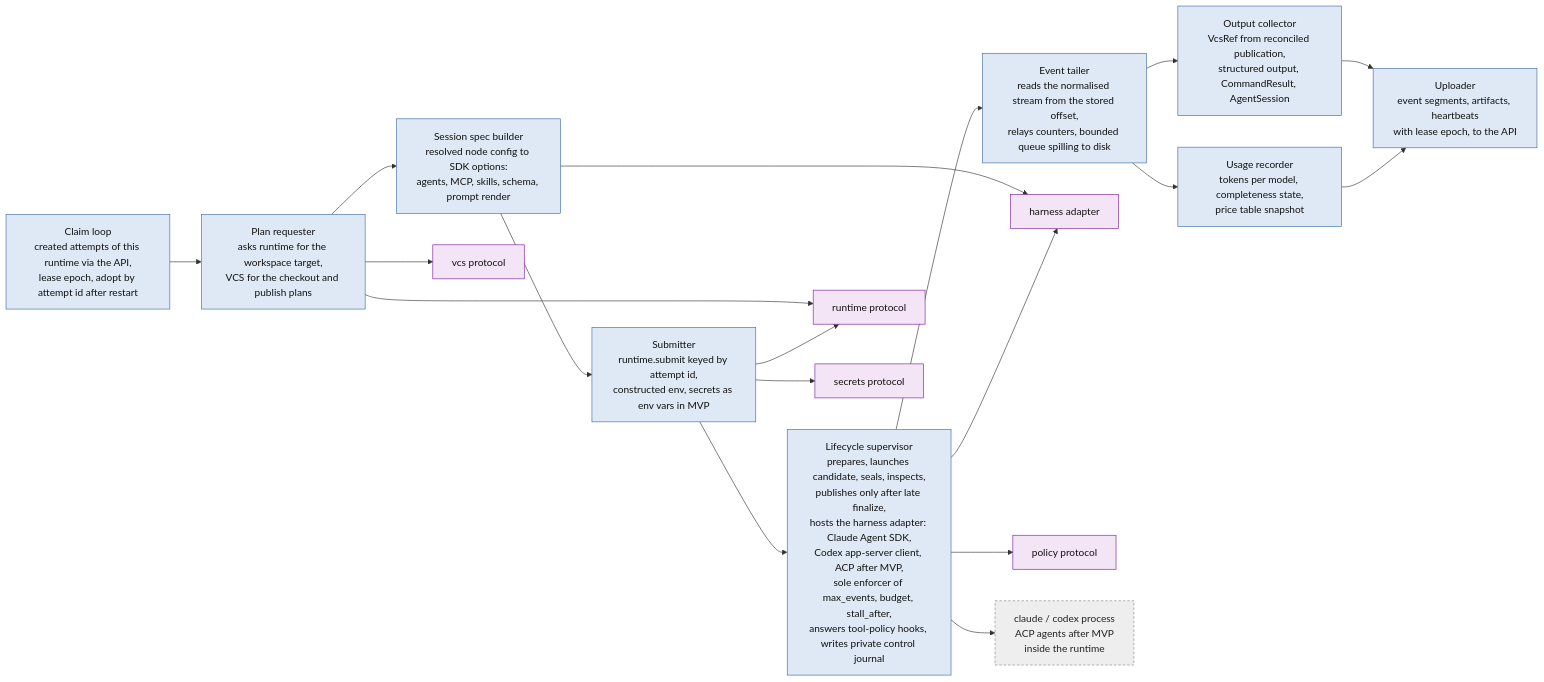
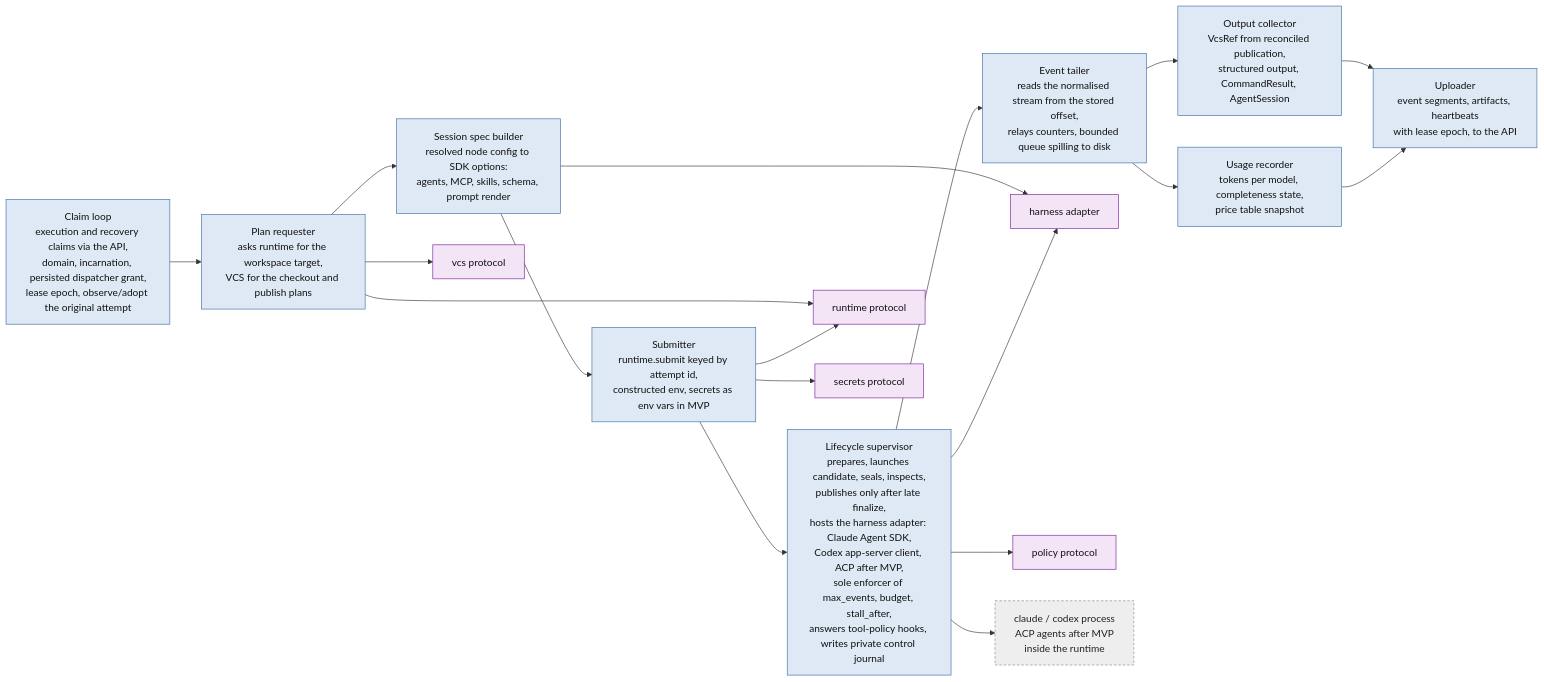
One commit to klukashka/kora changed the fourth of 6 diagrams in knowledge/architecture/detailed.md. Above: the diagram before and after it, drawn with Mermaid. The commit also changed other lines of this file and 22 other files, not shown here.

````diff
--- a/knowledge/architecture/detailed.md
+++ b/knowledge/architecture/detailed.md
@@ -160,32 +160,32 @@
 ```mermaid
 flowchart LR
     classDef c fill:#dfe9f5,stroke:#3b6ea5,color:#111
     classDef plugin fill:#f3e5f5,stroke:#7b1fa2,color:#111
     classDef ext fill:#eeeeee,stroke:#888,color:#222,stroke-dasharray: 4 3
 
-    CL[Claim loop<br/>created attempts of this runtime via the API,<br/>lease epoch, adopt by attempt id after restart]:::c
+    CL[Claim loop<br/>execution and recovery claims via the API,<br/>domain, incarnation, persisted dispatcher grant,<br/>lease epoch, observe/adopt the original attempt]:::c
     WS[Plan requester<br/>asks runtime for the workspace target,<br/>VCS for the checkout and publish plans]:::c
     CFG[Session spec builder<br/>resolved node config to SDK options:<br/>agents, MCP, skills, schema, prompt render]:::c
     SUB[Submitter<br/>runtime.submit keyed by attempt id,<br/>constructed env, secrets as env vars in MVP]:::c
     RUN[Lifecycle supervisor<br/>prepares, launches candidate, seals, inspects,<br/>publishes only after late finalize,<br/>hosts the harness adapter: Claude Agent SDK,<br/>Codex app-server client, ACP after MVP,<br/>sole enforcer of max_events, budget, stall_after,<br/>answers tool-policy hooks, writes private control journal]:::c
     STR[Event tailer<br/>reads the normalised stream from the stored offset,<br/>relays counters, bounded queue spilling to disk]:::c
     COL[Output collector<br/>VcsRef from reconciled publication,<br/>structured output, CommandResult, AgentSession]:::c
     USG[Usage recorder<br/>tokens per model, completeness state,<br/>price table snapshot]:::c
     UP[Uploader<br/>event segments, artifacts, heartbeats<br/>with lease epoch, to the API]:::c
 
     P_RT[runtime protocol]:::plugin
     P_HA[harness adapter]:::plugin
     P_POL[policy protocol]:::plugin
     P_VCS[vcs protocol]:::plugin
     P_SEC[secrets protocol]:::plugin
     HARN[claude / codex process<br/>ACP agents after MVP<br/>inside the runtime]:::ext
 
     CL --> WS --> CFG --> SUB --> RUN --> STR --> COL --> UP
     STR --> USG --> UP
     WS --> P_VCS
     WS & SUB --> P_RT
     CFG --> P_HA
     RUN --> P_HA & P_POL
     SUB --> P_SEC
     RUN --> HARN
 ```
````
